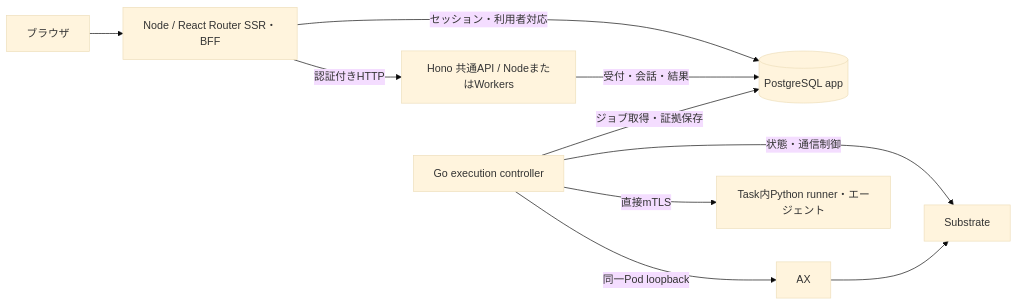
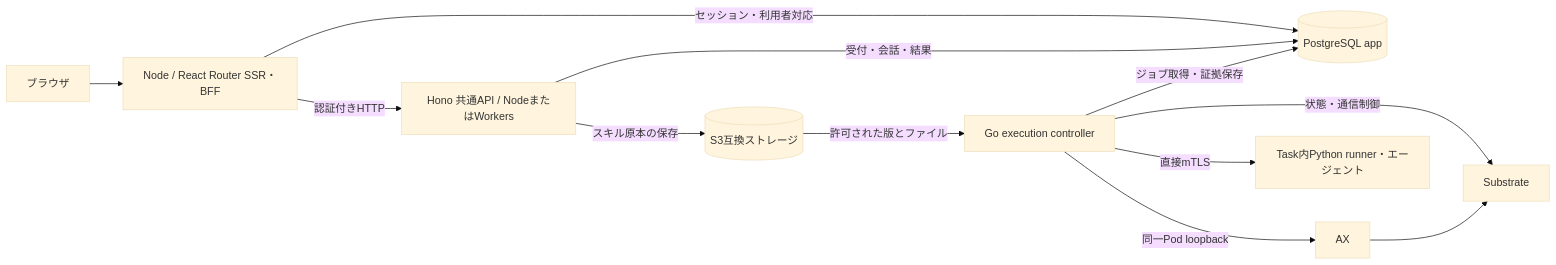
One commit to sori883/agent-workspace changed the diagram in web/README.md. Above: the diagram before and after it, drawn with Mermaid (base theme). The commit also changed other lines of this file and 88 other files, not shown here.

````diff
--- a/web/README.md
+++ b/web/README.md
@@ -11,12 +11,14 @@
 ```mermaid
 flowchart LR
   Browser[ブラウザ] --> Web[Node / React Router SSR・BFF]
   Web -->|認証付きHTTP| API[Hono 共通API / NodeまたはWorkers]
   Web -->|セッション・利用者対応| PG[(PostgreSQL app)]
   API -->|受付・会話・結果| PG
+  API -->|スキル原本の保存| Objects[(S3互換ストレージ)]
+  Objects -->|許可された版とファイル| Controller
   Controller[Go execution controller] -->|ジョブ取得・証拠保存| PG
   Controller -->|同一Pod loopback| AX[AX]
   Controller -->|直接mTLS| Guest[Task内Python runner・エージェント]
   Controller -->|状態・通信制御| Substrate[Substrate]
   AX --> Substrate
 ```
````
